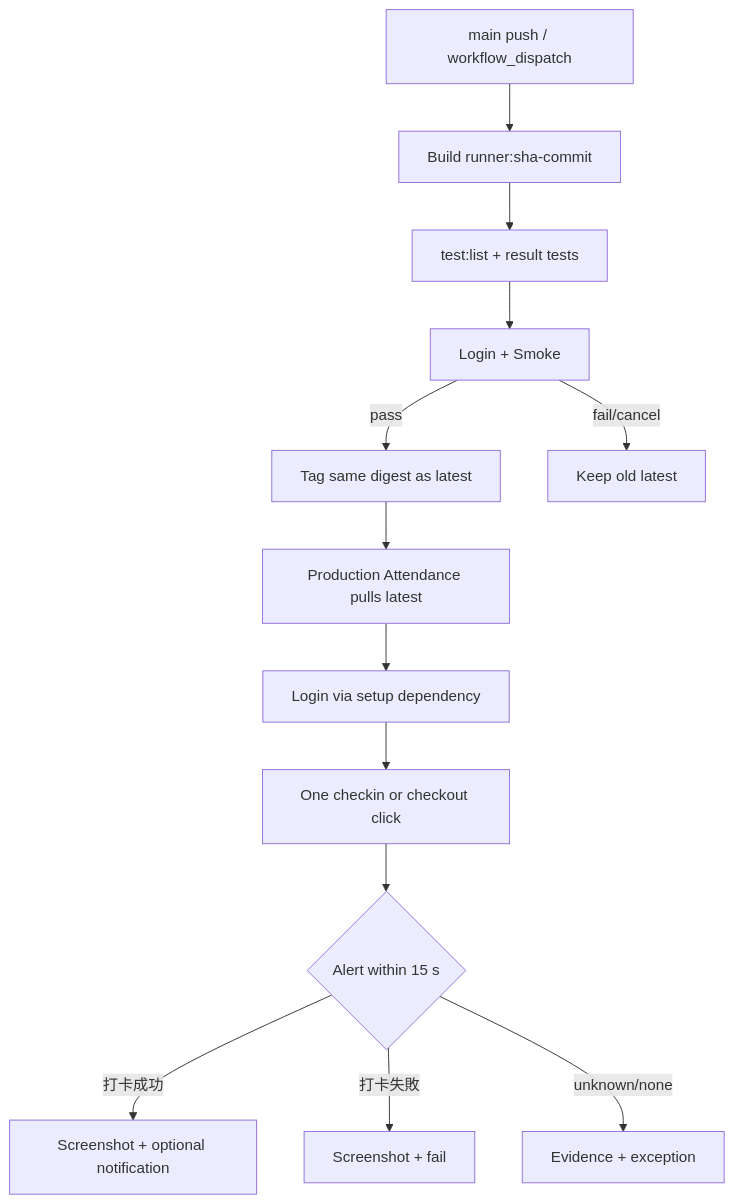
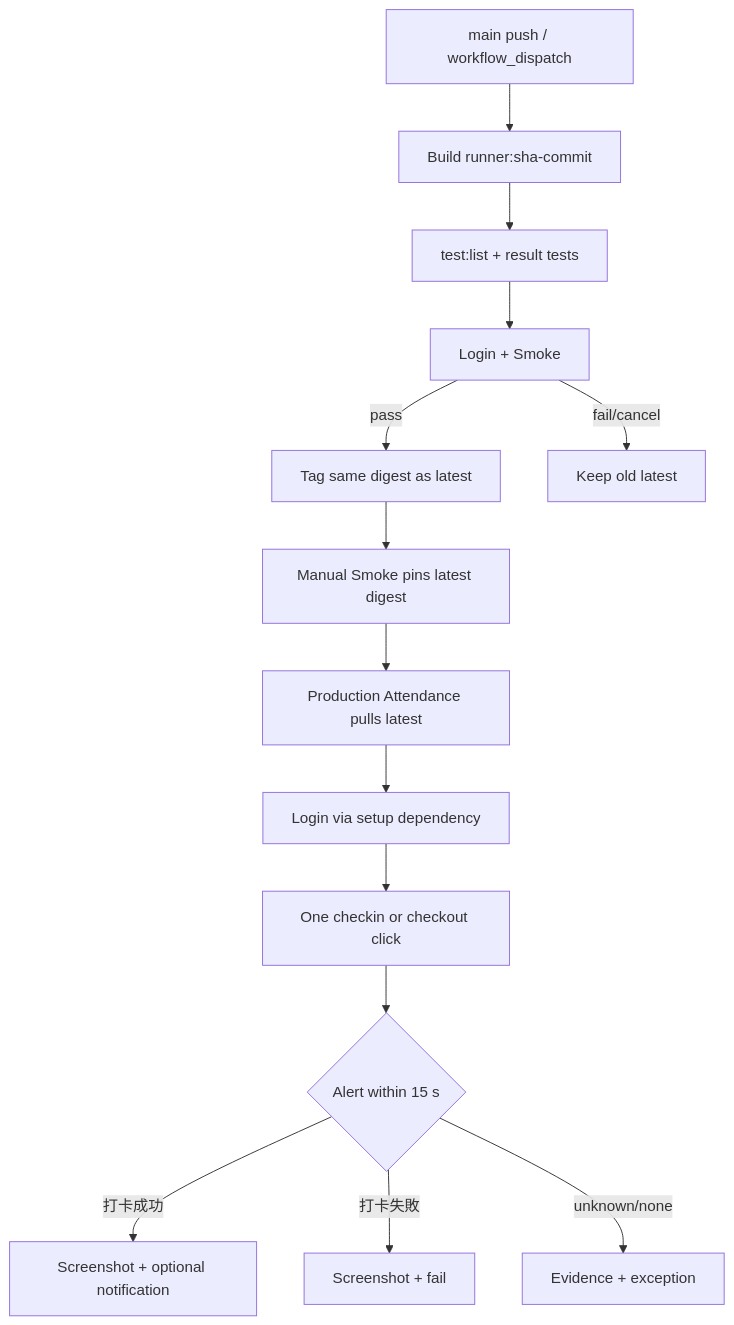
One commit to liu-chun-wu/daily-tick-runner changed the diagram in ARCHITECTURE.md. Above: the diagram before and after it, drawn with Mermaid. The commit also changed other lines of this file and 12 other files, not shown here.

First line of the commit message:
feature: add latest-image smoke workflow with screenshot notifications

````diff
--- a/ARCHITECTURE.md
+++ b/ARCHITECTURE.md
@@ -23,15 +25,16 @@
 ```mermaid
 flowchart TD
     S[main push / workflow_dispatch] --> B[Build runner:sha-commit]
     B --> L[test:list + result tests]
     L --> M[Login + Smoke]
     M -->|pass| P[Tag same digest as latest]
     M -->|fail/cancel| K[Keep old latest]
-    P --> R[Production Attendance pulls latest]
+    P --> V[Manual Smoke pins latest digest]
+    V --> R[Production Attendance pulls latest]
     R --> A[Login via setup dependency]
     A --> C[One checkin or checkout click]
     C --> O{Alert within 15 s}
     O -->|打卡成功| N[Screenshot + optional notification]
     O -->|打卡失敗| F[Screenshot + fail]
     O -->|unknown/none| X[Evidence + exception]
 ```
````
